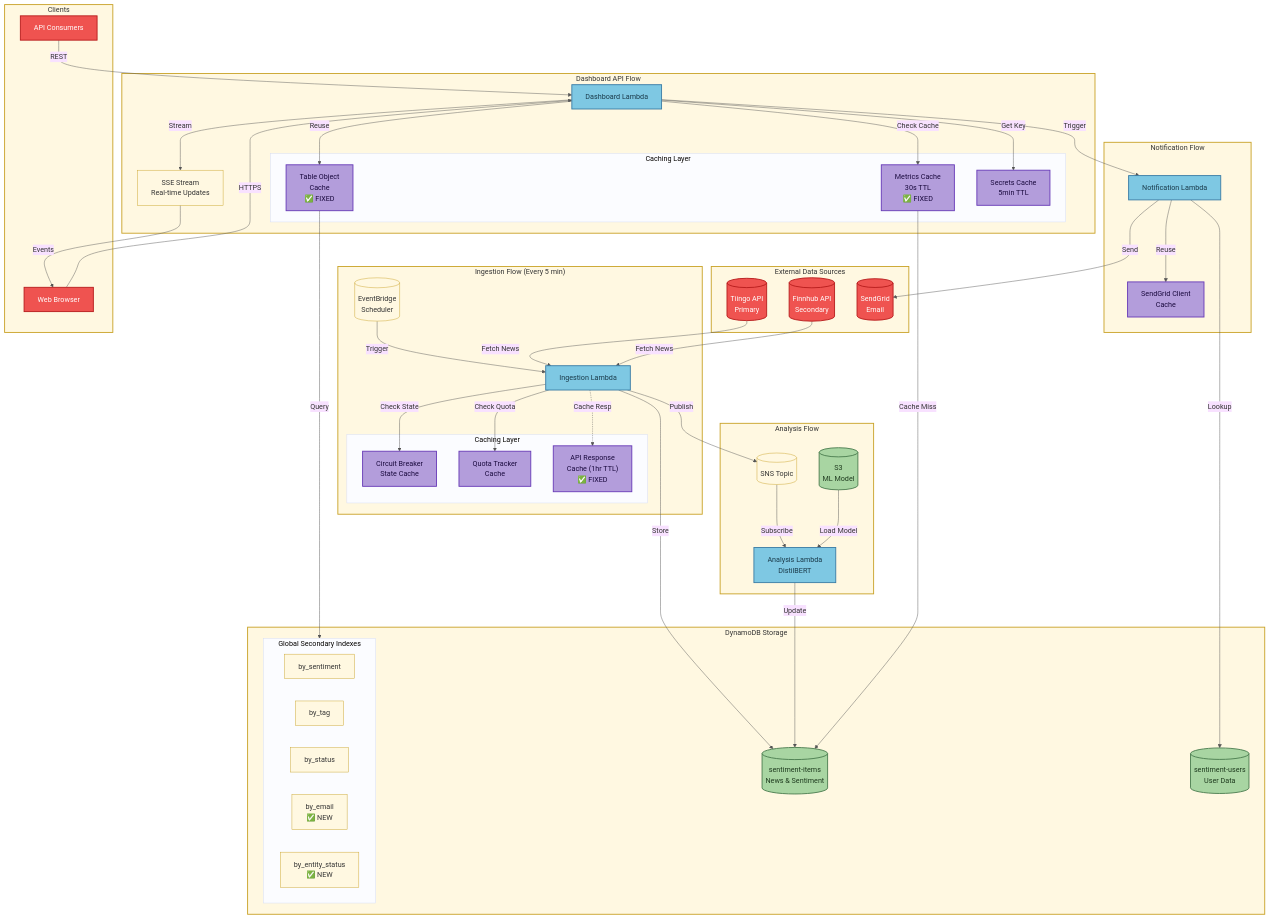
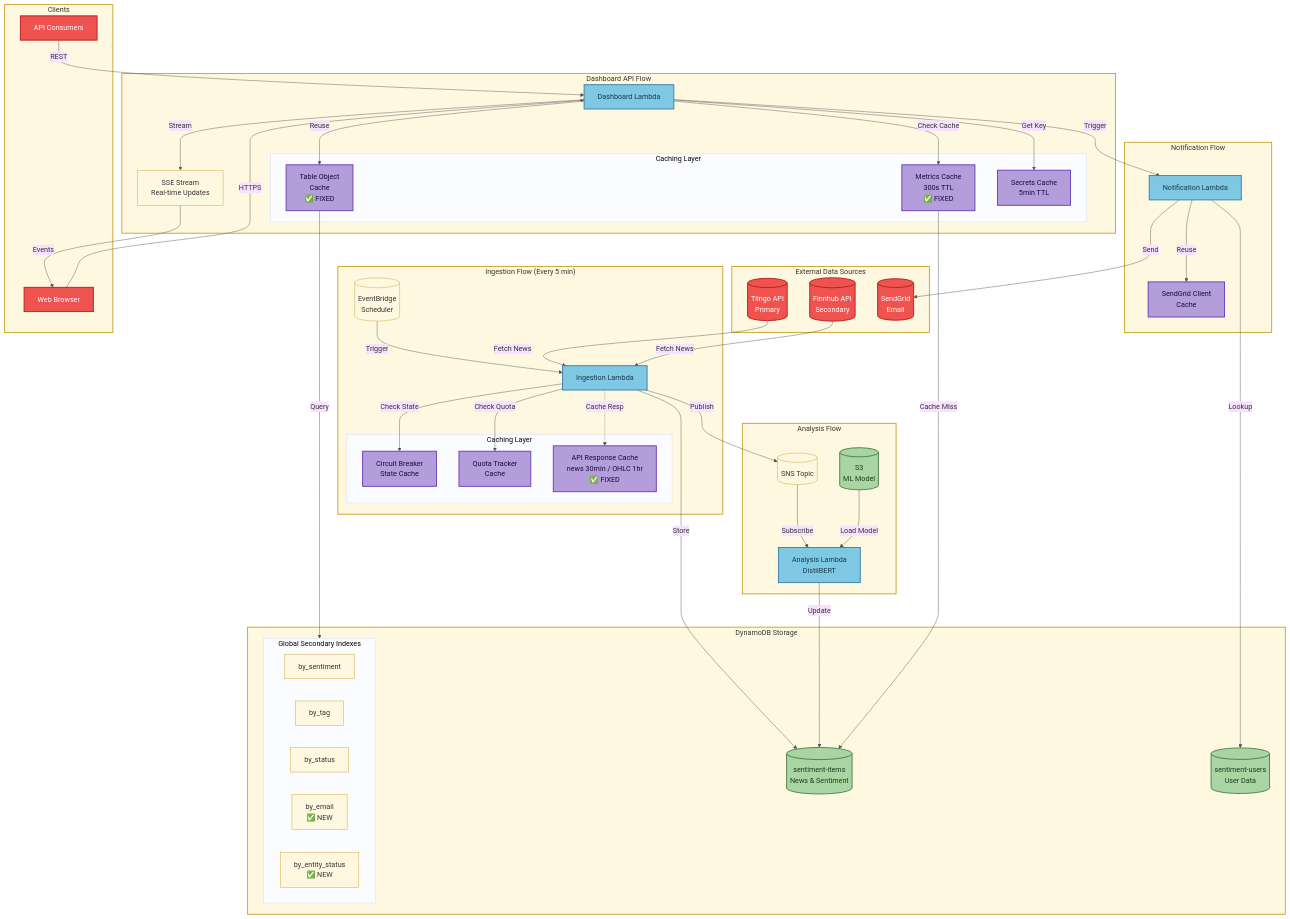
The first of 4 diagrams in docs/architecture/DATA_FLOW_AUDIT.md (traylorre/sentiment-analyzer-gsk), drawn with Mermaid before and after one commit. The commit also changed other lines of this file and 96 other files, not shown here.

```diff
--- a/docs/architecture/DATA_FLOW_AUDIT.md
+++ b/docs/architecture/DATA_FLOW_AUDIT.md
@@ -28,7 +28,7 @@
         subgraph IngestionCache["Caching Layer"]
             CB["Circuit Breaker<br/>State Cache"]
             QT["Quota Tracker<br/>Cache"]
-            APIC["API Response<br/>Cache (1hr TTL)<br/>✅ FIXED"]
+            APIC["API Response Cache<br/>news 30min / OHLC 1hr<br/>✅ FIXED"]
         end
     end
 
@@ -55,7 +55,7 @@
         DASH["Dashboard Lambda"]
 
         subgraph DashCache["Caching Layer"]
-            MC["Metrics Cache<br/>30s TTL<br/>✅ FIXED"]
+            MC["Metrics Cache<br/>300s TTL<br/>✅ FIXED"]
             TC["Table Object<br/>Cache<br/>✅ FIXED"]
             SC["Secrets Cache<br/>5min TTL"]
         end
```
